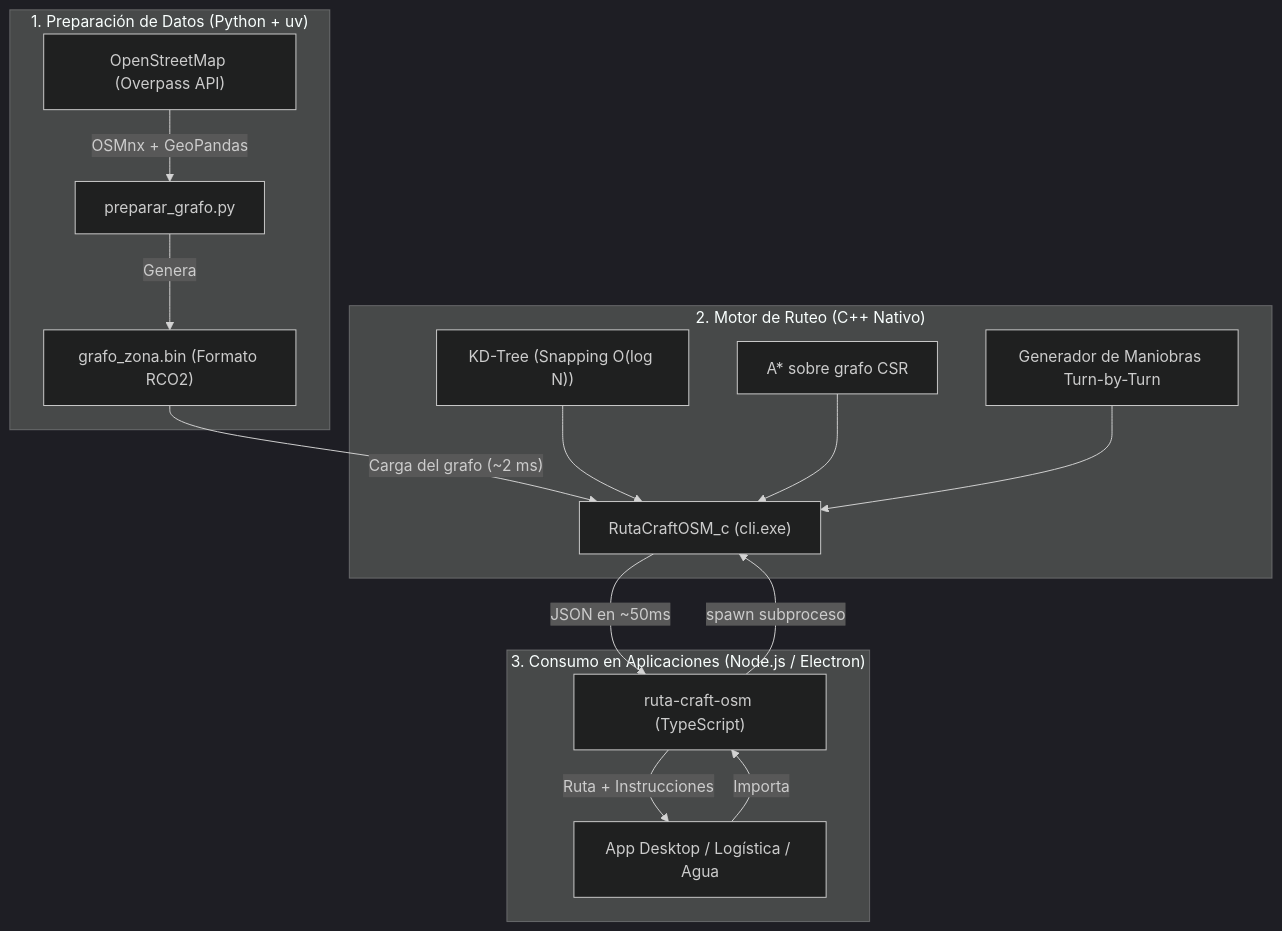
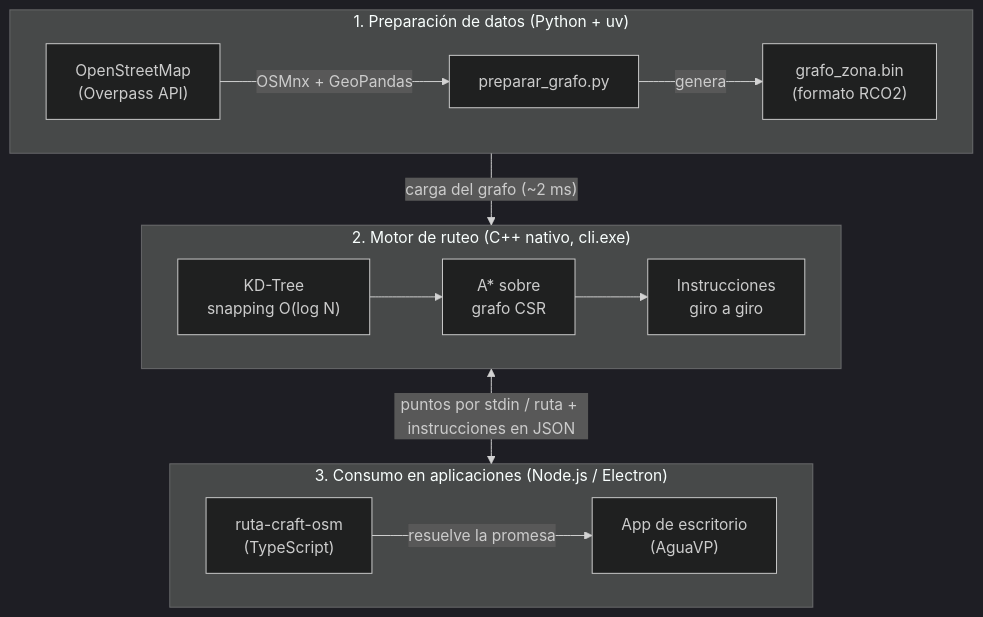
The diagram in docs/1_ARQUITECTURA_Y_MIGRACION.md (Mahynlo/RutaCraftOSM), drawn with Mermaid (dark theme) before and after one commit. The commit also changed 8 other files, not shown here.

````diff
--- a/docs/1_ARQUITECTURA_Y_MIGRACION.md
+++ b/docs/1_ARQUITECTURA_Y_MIGRACION.md
@@ -7,21 +7,21 @@
 ```mermaid
-flowchart TD
-    subgraph Capa_Preparacion ["1. Preparación de Datos (Python + uv)"]
-        OSM["OpenStreetMap (Overpass API)"] -->|OSMnx + GeoPandas| PREP["preparar_grafo.py"]
-        PREP -->|Genera| BIN["grafo_zona.bin (Formato RCO2)"]
+flowchart TB
+    subgraph Capa_Preparacion ["1. Preparación de datos (Python + uv)"]
+        direction LR
+        OSM["OpenStreetMap<br/>(Overpass API)"] -->|OSMnx + GeoPandas| PREP["preparar_grafo.py"]
+        PREP -->|genera| BIN["grafo_zona.bin<br/>(formato RCO2)"]
     end
 
-    subgraph Capa_Motor ["2. Motor de Ruteo (C++ Nativo)"]
-        BIN -->|"Carga del grafo (~2 ms)"| MOTOR["RutaCraftOSM_c (cli.exe)"]
-        KDTREE["KD-Tree (Snapping O(log N))"] --> MOTOR
-        ASTAR["A* sobre grafo CSR"] --> MOTOR
-        INST["Generador de Maniobras Turn-by-Turn"] --> MOTOR
+    subgraph Capa_Motor ["2. Motor de ruteo (C++ nativo, cli.exe)"]
+        direction LR
+        KDTREE["KD-Tree<br/>snapping O(log N)"] --> ASTAR["A* sobre<br/>grafo CSR"] --> INST["Instrucciones<br/>giro a giro"]
     end
 
-    subgraph Capa_Consumo ["3. Consumo en Aplicaciones (Node.js / Electron)"]
-        APP["App Desktop / Logística / Agua"] -->|Importa| WRAPPER["ruta-craft-osm (TypeScript)"]
-        WRAPPER -->|spawn subproceso| MOTOR
-        MOTOR -->|JSON en ~50ms| WRAPPER
-        WRAPPER -->|Ruta + Instrucciones| APP
+    subgraph Capa_Consumo ["3. Consumo en aplicaciones (Node.js / Electron)"]
+        direction LR
+        WRAPPER["ruta-craft-osm<br/>(TypeScript)"] -->|resuelve la promesa| APP["App de escritorio<br/>(AguaVP)"]
     end
+
+    Capa_Preparacion -->|"carga del grafo (~2 ms)"| Capa_Motor
+    Capa_Motor <-->|"puntos por stdin / ruta + instrucciones en JSON"| Capa_Consumo
 ```
````
